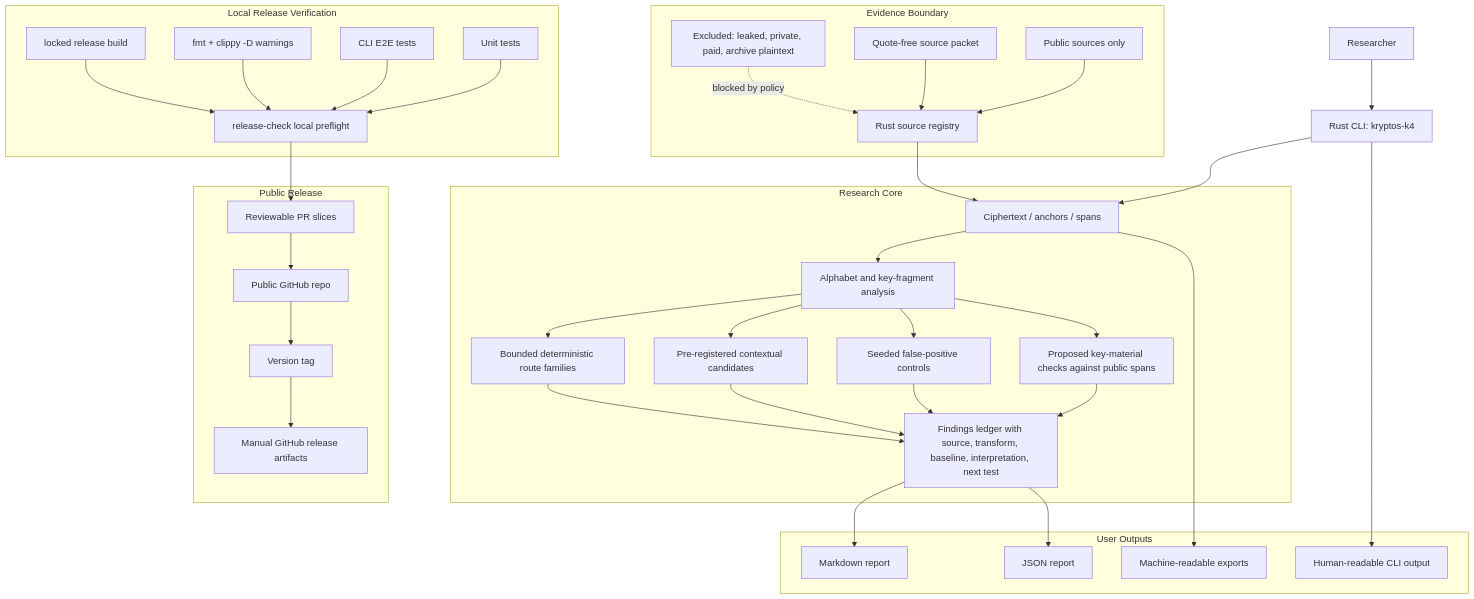
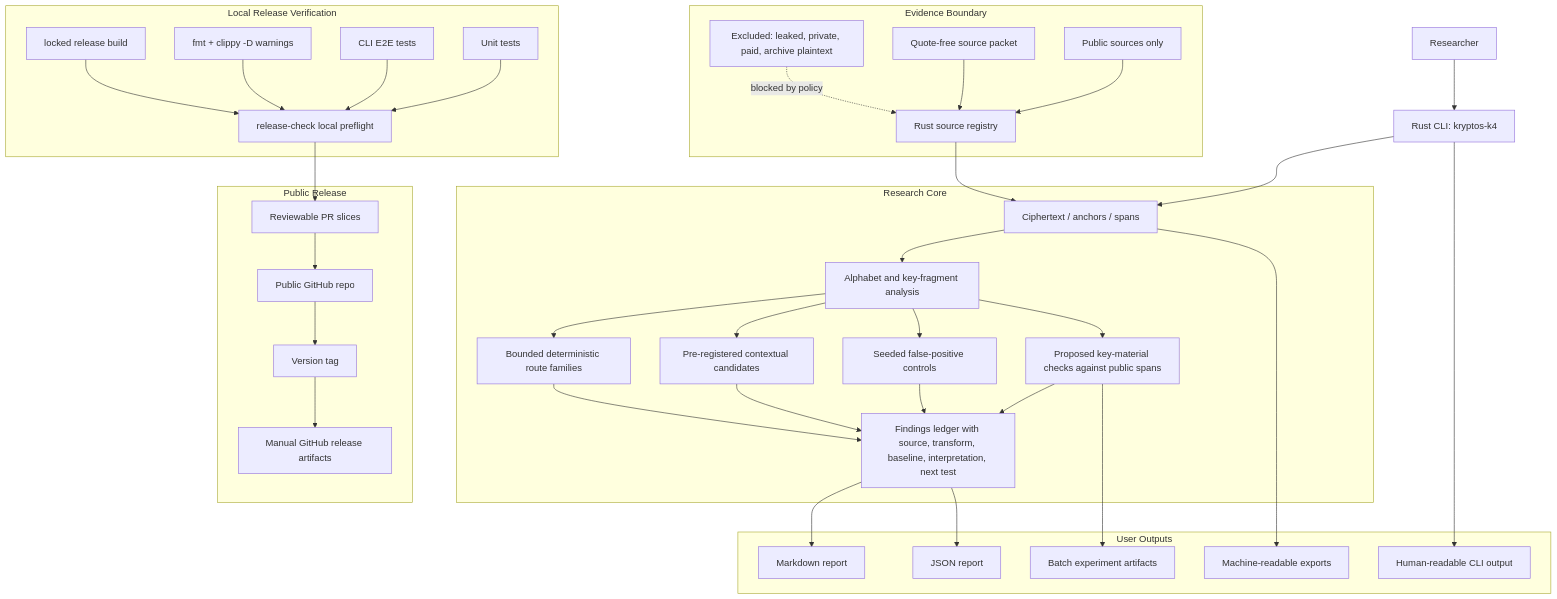
One commit to malak333/kryptos-k4 changed the diagram in docs/architecture-production-goal.md. Above: the diagram before and after it, drawn with Mermaid. The commit also changed 11 other files, not shown here.

Commit message:
Add batch key material runner

````diff
--- a/docs/architecture-production-goal.md
+++ b/docs/architecture-production-goal.md
@@ -7,73 +7,75 @@
 ```mermaid
 flowchart TD
     Researcher["Researcher"] --> CLI["Rust CLI: kryptos-k4"]
 
     subgraph Evidence["Evidence Boundary"]
         PublicSources["Public sources only"]
         SourceRegistry["Rust source registry"]
         SourcePacket["Quote-free source packet"]
         Forbidden["Excluded: leaked, private, paid, archive plaintext"]
     end
 
     subgraph Core["Research Core"]
         DataModel["Ciphertext / anchors / spans"]
         ConstraintEngine["Alphabet and key-fragment analysis"]
         KeyMaterialChecks["Proposed key-material checks against public spans"]
         BaselineEngine["Seeded false-positive controls"]
         CandidateRegistry["Pre-registered contextual candidates"]
         RouteRegistry["Bounded deterministic route families"]
         FindingsLedger["Findings ledger with source, transform, baseline, interpretation, next test"]
     end
 
     subgraph Outputs["User Outputs"]
         MarkdownReport["Markdown report"]
         JsonReport["JSON report"]
+        BatchArtifacts["Batch experiment artifacts"]
         DataExports["Machine-readable exports"]
         HumanCli["Human-readable CLI output"]
     end
 
     subgraph Verification["Local Release Verification"]
         UnitTests["Unit tests"]
         E2ETests["CLI E2E tests"]
         FmtClippy["fmt + clippy -D warnings"]
         ReleaseBuild["locked release build"]
         ReleaseCheck["release-check local preflight"]
     end
 
     subgraph Release["Public Release"]
         GitHubPublic["Public GitHub repo"]
         PullRequests["Reviewable PR slices"]
         Tag["Version tag"]
         GitHubRelease["Manual GitHub release artifacts"]
     end
 
     CLI --> DataModel
     PublicSources --> SourceRegistry
     SourceRegistry --> DataModel
     SourcePacket --> SourceRegistry
     Forbidden -. "blocked by policy" .-> SourceRegistry
 
     DataModel --> ConstraintEngine
     ConstraintEngine --> KeyMaterialChecks
     ConstraintEngine --> BaselineEngine
     ConstraintEngine --> CandidateRegistry
     ConstraintEngine --> RouteRegistry
     KeyMaterialChecks --> FindingsLedger
     BaselineEngine --> FindingsLedger
     CandidateRegistry --> FindingsLedger
     RouteRegistry --> FindingsLedger
 
     FindingsLedger --> MarkdownReport
     FindingsLedger --> JsonReport
+    KeyMaterialChecks --> BatchArtifacts
     DataModel --> DataExports
     CLI --> HumanCli
 
     UnitTests --> ReleaseCheck
     E2ETests --> ReleaseCheck
     FmtClippy --> ReleaseCheck
     ReleaseBuild --> ReleaseCheck
     ReleaseCheck --> PullRequests
     PullRequests --> GitHubPublic
     GitHubPublic --> Tag
     Tag --> GitHubRelease
 ```
````
